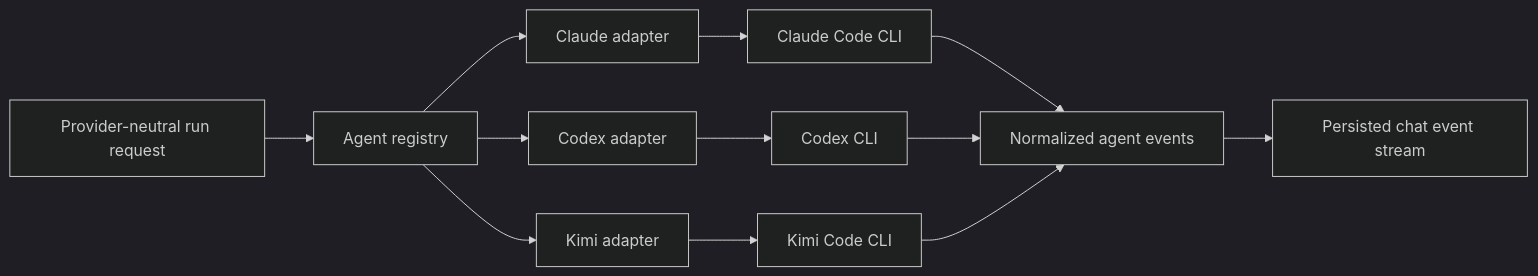
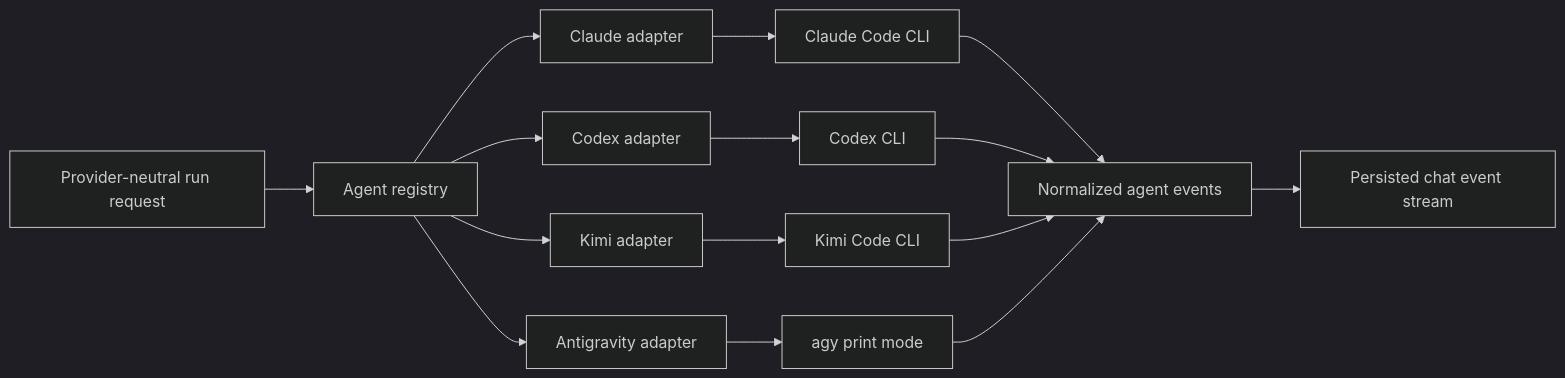
One commit to AbdallahMohamedDotnet/remote.futrx changed the third of 5 diagrams in docs/02-workspaces/04-chat-and-agents.md. Above: the diagram before and after it, drawn with Mermaid (dark theme). The commit also changed other lines of this file and 25 other files, not shown here.

````diff
--- a/docs/02-workspaces/04-chat-and-agents.md
+++ b/docs/02-workspaces/04-chat-and-agents.md
@@ -57,14 +57,17 @@
 ```mermaid
 flowchart LR
     Request["Provider-neutral run request"] --> Registry["Agent registry"]
     Registry --> Claude["Claude adapter"]
     Registry --> Codex["Codex adapter"]
     Registry --> Kimi["Kimi adapter"]
+    Registry --> Antigravity["Antigravity adapter"]
     Claude --> ClaudeCLI["Claude Code CLI"]
     Codex --> CodexCLI["Codex CLI"]
     Kimi --> KimiCLI["Kimi Code CLI"]
+    Antigravity --> AntigravityCLI["agy print mode"]
     ClaudeCLI --> Normalize["Normalized agent events"]
     CodexCLI --> Normalize
     KimiCLI --> Normalize
+    AntigravityCLI --> Normalize
     Normalize --> ChatEvents["Persisted chat event stream"]
 ```
````
